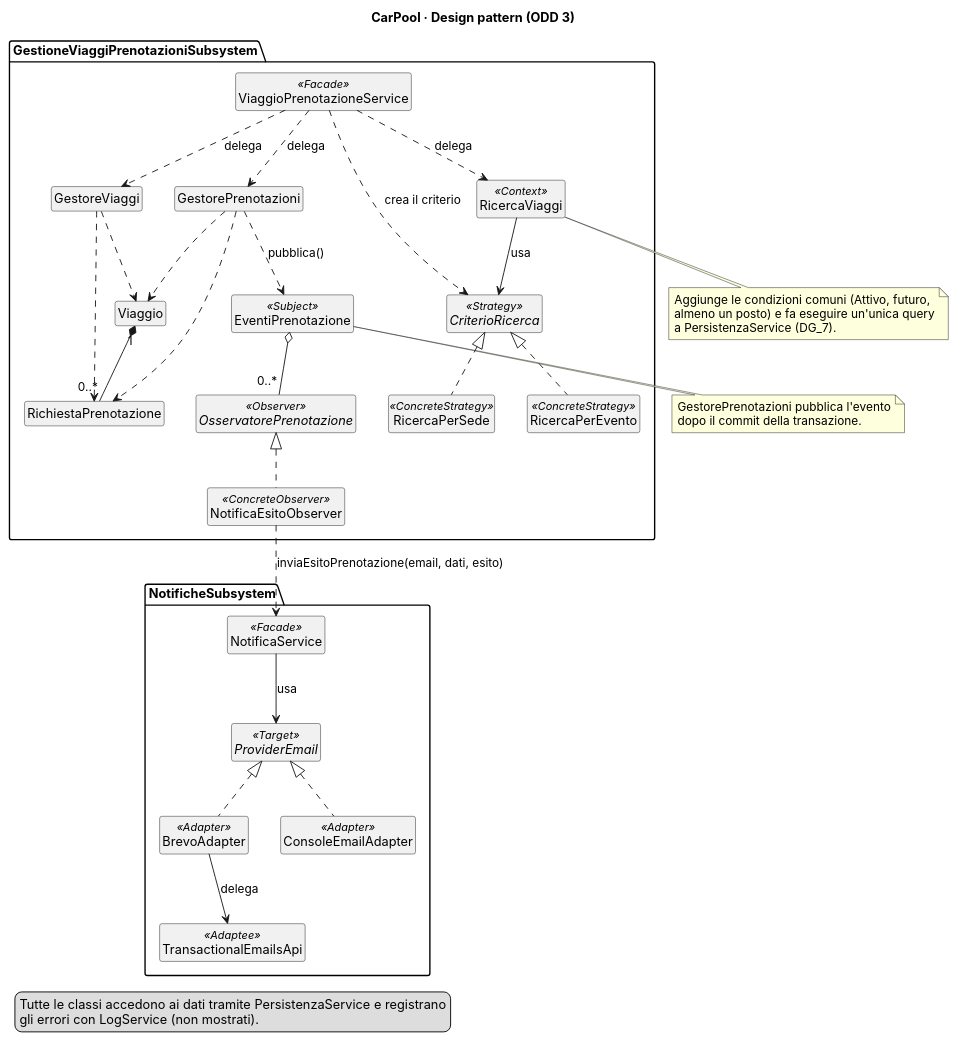
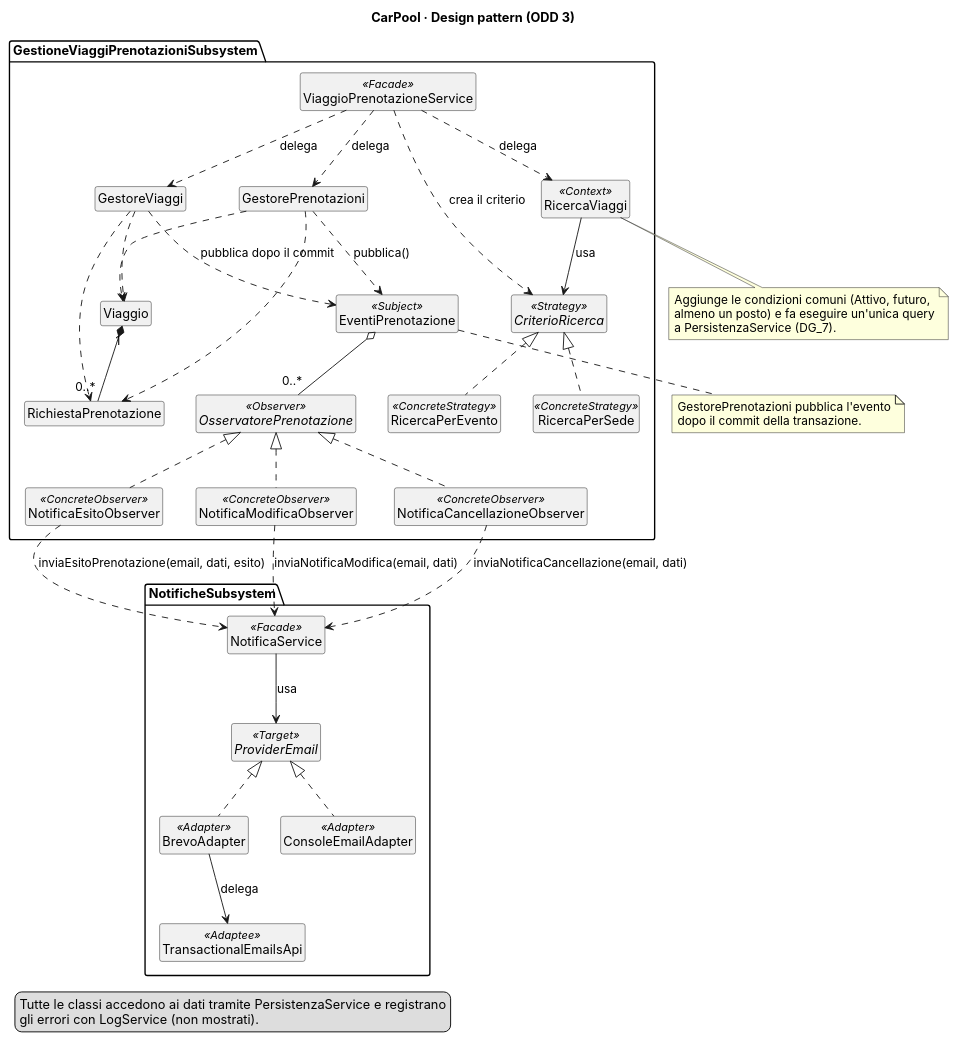
Before and after one commit to CarPool-C03/CarPool: the diagram in docs/odd/CD_ODD_pattern.puml, drawn with PlantUML. The commit also changed 32 other files, not shown here.

```diff
--- a/docs/odd/CD_ODD_pattern.puml
+++ b/docs/odd/CD_ODD_pattern.puml
@@ -1,68 +1,75 @@
 @startuml ODD_CD_Pattern
 ' CarPool · ODD Sez. 3 — Dettaglio di GestioneViaggiPrenotazioniSubsystem e NotificheSubsystem
 ' Trascrizione della figura di C03_ODD_V_0.1.0. Va controllata dagli autori dell'ODD.
 skinparam shadowing false
 skinparam defaultFontName Inter
 skinparam classAttributeIconSize 0
 hide circle
 hide empty members
 title CarPool · Design pattern (ODD 3)
 
 package "GestioneViaggiPrenotazioniSubsystem" {
   class ViaggioPrenotazioneService <<Facade>>
   class GestoreViaggi
   class GestorePrenotazioni
   class RicercaViaggi <<Context>>
   class Viaggio
   class RichiestaPrenotazione
   class EventiPrenotazione <<Subject>>
   interface OsservatorePrenotazione <<Observer>>
   class NotificaEsitoObserver <<ConcreteObserver>>
+  class NotificaModificaObserver <<ConcreteObserver>>
+  class NotificaCancellazioneObserver <<ConcreteObserver>>
   interface CriterioRicerca <<Strategy>>
   class RicercaPerSede <<ConcreteStrategy>>
   class RicercaPerEvento <<ConcreteStrategy>>
 }
 
 package "NotificheSubsystem" {
   class NotificaService <<Facade>>
   interface ProviderEmail <<Target>>
   class BrevoAdapter <<Adapter>>
   class ConsoleEmailAdapter <<Adapter>>
   class TransactionalEmailsApi <<Adaptee>>
 }
 
 ViaggioPrenotazioneService ..> GestoreViaggi : delega
 ViaggioPrenotazioneService ..> GestorePrenotazioni : delega
 ViaggioPrenotazioneService ..> RicercaViaggi : delega
 ViaggioPrenotazioneService ..> CriterioRicerca : crea il criterio
 GestoreViaggi ..> Viaggio
 GestoreViaggi ..> RichiestaPrenotazione
 GestorePrenotazioni ..> Viaggio
 GestorePrenotazioni ..> RichiestaPrenotazione
 Viaggio "1" *-- "0..*" RichiestaPrenotazione
 GestorePrenotazioni ..> EventiPrenotazione : pubblica()
+GestoreViaggi ..> EventiPrenotazione : pubblica dopo il commit
 EventiPrenotazione o-- "0..*" OsservatorePrenotazione
 OsservatorePrenotazione <|.. NotificaEsitoObserver
+OsservatorePrenotazione <|.. NotificaModificaObserver
+OsservatorePrenotazione <|.. NotificaCancellazioneObserver
 RicercaViaggi --> CriterioRicerca : usa
 CriterioRicerca <|.. RicercaPerSede
 CriterioRicerca <|.. RicercaPerEvento
 NotificaEsitoObserver ..> NotificaService : inviaEsitoPrenotazione(email, dati, esito)
+NotificaModificaObserver ..> NotificaService : inviaNotificaModifica(email, dati)
+NotificaCancellazioneObserver ..> NotificaService : inviaNotificaCancellazione(email, dati)
 NotificaService --> ProviderEmail : usa
 ProviderEmail <|.. BrevoAdapter
 ProviderEmail <|.. ConsoleEmailAdapter
 BrevoAdapter --> TransactionalEmailsApi : delega
 
 note bottom of RicercaViaggi
   Aggiunge le condizioni comuni (Attivo, futuro,
   almeno un posto) e fa eseguire un'unica query
   a PersistenzaService (DG_7).
 end note
 note bottom of EventiPrenotazione
   GestorePrenotazioni pubblica l'evento
   dopo il commit della transazione.
 end note
 legend bottom left
   Tutte le classi accedono ai dati tramite PersistenzaService e registrano
   gli errori con LogService (non mostrati).
 endlegend
 @enduml
```
